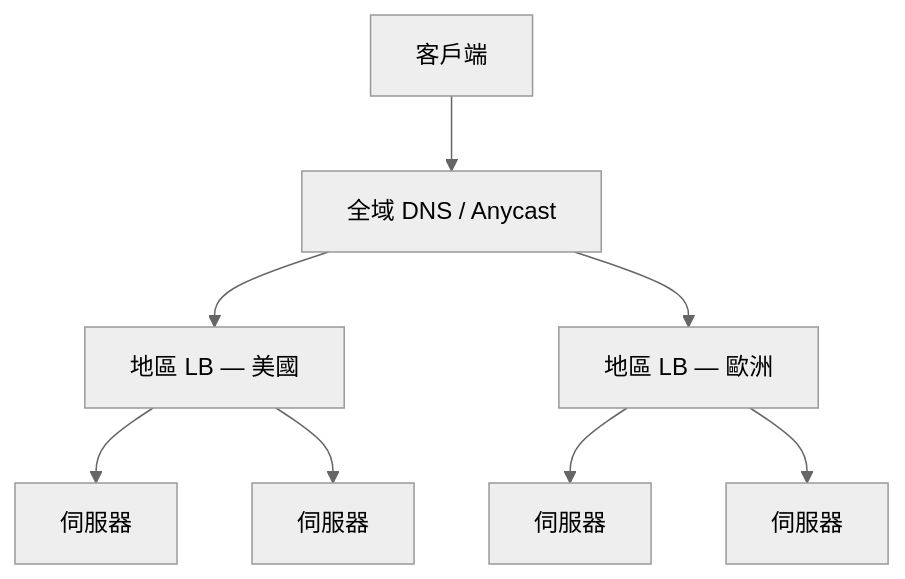
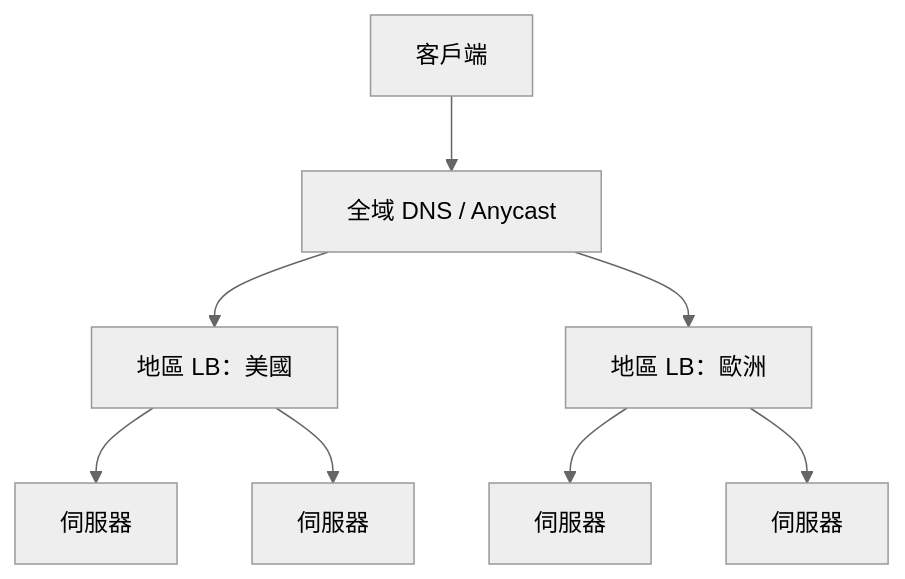
The third of 10 diagrams in src/posts/zh-TW/load-balancing.mdx (Charmying/blog), drawn with Mermaid (neutral theme) before and after one commit. The commit also changed other lines of this file and 157 other files, not shown here.

````diff
--- a/src/posts/zh-TW/load-balancing.mdx
+++ b/src/posts/zh-TW/load-balancing.mdx
@@ -86,10 +86,10 @@
 ```mermaid
 flowchart TD
     client["客戶端"] --> dns["全域 DNS / Anycast"]
-    dns --> lb1["地區 LB — 美國"]
-    dns --> lb2["地區 LB — 歐洲"]
+    dns --> lb1["地區 LB：美國"]
+    dns --> lb2["地區 LB：歐洲"]
     lb1 --> a1["伺服器"]
     lb1 --> a2["伺服器"]
     lb2 --> b1["伺服器"]
     lb2 --> b2["伺服器"]
 ```
````
